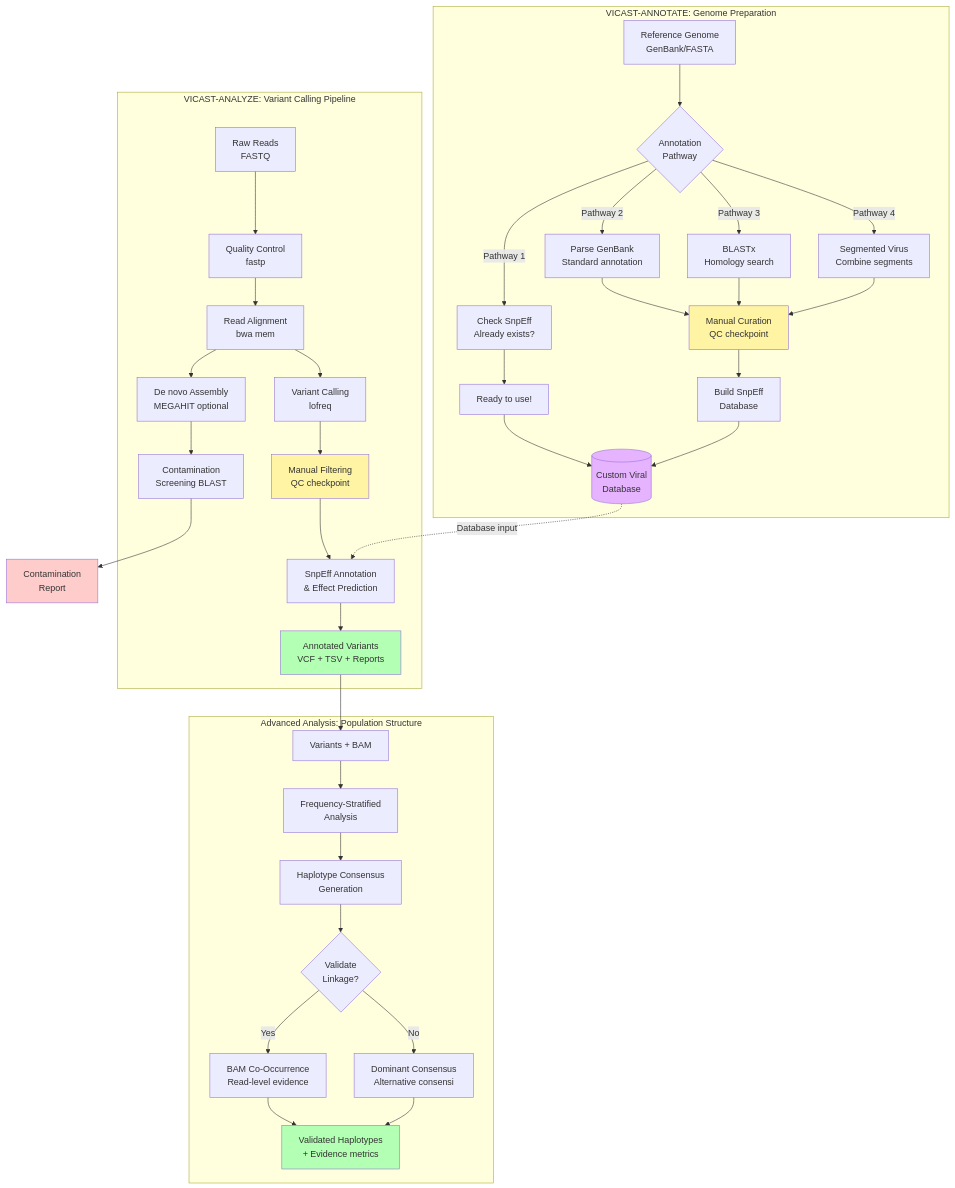
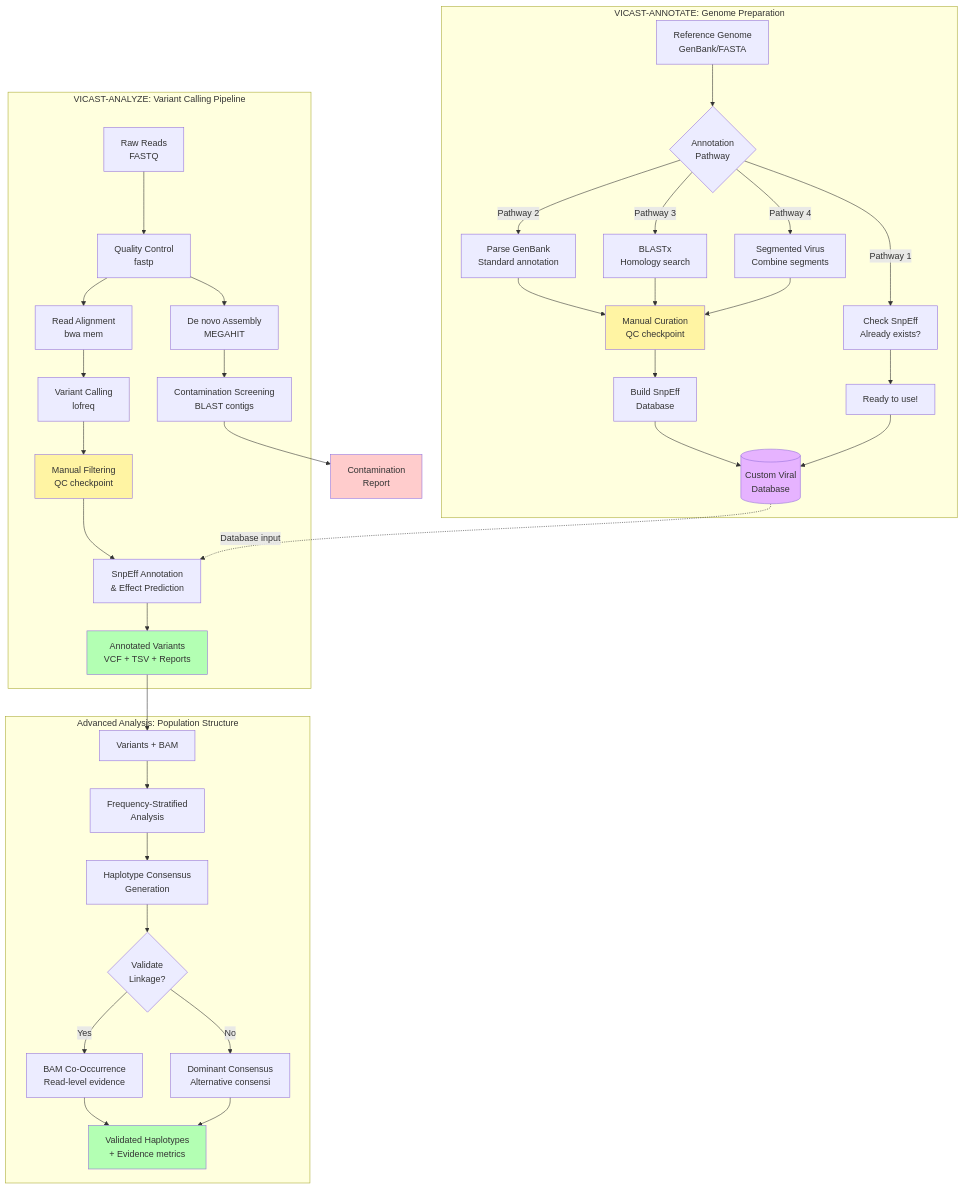
One commit to mihinduk/VICAST changed the diagram in docs/user_guides/README.md. Above: the diagram before and after it, drawn with Mermaid.

Commit message:
Fix workflow diagram: assembly required for contamination screening
Corrected diagram to show:
- MEGAHIT assembly is NOT optional
- Assembly creates contigs for contamination screening
- Contig-level BLAST reduces false positives vs read-level
- QC splits into two parallel paths: alignment and assembly

This accurately reflects the contamination screening workflow where
assembled contigs are BLASTed against contamination databases.

````diff
--- a/docs/user_guides/README.md
+++ b/docs/user_guides/README.md
@@ -9,50 +9,50 @@
 ```mermaid
 flowchart TB
     subgraph "VICAST-ANNOTATE: Genome Preparation"
         A1[Reference Genome<br/>GenBank/FASTA] --> A2{Annotation<br/>Pathway}
         A2 -->|Pathway 1| A3[Check SnpEff<br/>Already exists?]
         A2 -->|Pathway 2| A4[Parse GenBank<br/>Standard annotation]
         A2 -->|Pathway 3| A5[BLASTx<br/>Homology search]
         A2 -->|Pathway 4| A6[Segmented Virus<br/>Combine segments]
 
         A3 --> A7[Ready to use!]
         A4 --> A8[Manual Curation<br/>QC checkpoint]
         A5 --> A8
         A6 --> A8
         A8 --> A9[Build SnpEff<br/>Database]
         A9 --> A10[(Custom Viral<br/>Database)]
         A7 --> A10
     end
 
     subgraph "VICAST-ANALYZE: Variant Calling Pipeline"
         B1[Raw Reads<br/>FASTQ] --> B2[Quality Control<br/>fastp]
         B2 --> B3[Read Alignment<br/>bwa mem]
-        B3 --> B4[De novo Assembly<br/>MEGAHIT optional]
-        B4 --> B5[Contamination<br/>Screening BLAST]
+        B2 --> B4[De novo Assembly<br/>MEGAHIT]
+        B4 --> B5[Contamination Screening<br/>BLAST contigs]
         B3 --> B6[Variant Calling<br/>lofreq]
         B6 --> B7[Manual Filtering<br/>QC checkpoint]
         B7 --> B8[SnpEff Annotation<br/>& Effect Prediction]
         A10 -.Database input.-> B8
         B8 --> B9[Annotated Variants<br/>VCF + TSV + Reports]
     end
 
     subgraph "Advanced Analysis: Population Structure"
         C1[Variants + BAM] --> C2[Frequency-Stratified<br/>Analysis]
         C2 --> C3[Haplotype Consensus<br/>Generation]
         C3 --> C4{Validate<br/>Linkage?}
         C4 -->|Yes| C5[BAM Co-Occurrence<br/>Read-level evidence]
         C4 -->|No| C6[Dominant Consensus<br/>Alternative consensi]
         C5 --> C7[Validated Haplotypes<br/>+ Evidence metrics]
         C6 --> C7
     end
 
     B9 --> C1
     B5 --> C8[Contamination<br/>Report]
 
     style A8 fill:#fff4a3
     style B7 fill:#fff4a3
     style A10 fill:#e6b3ff
     style C8 fill:#ffcccc
     style C7 fill:#b3ffb3
     style B9 fill:#b3ffb3
 ```
````
